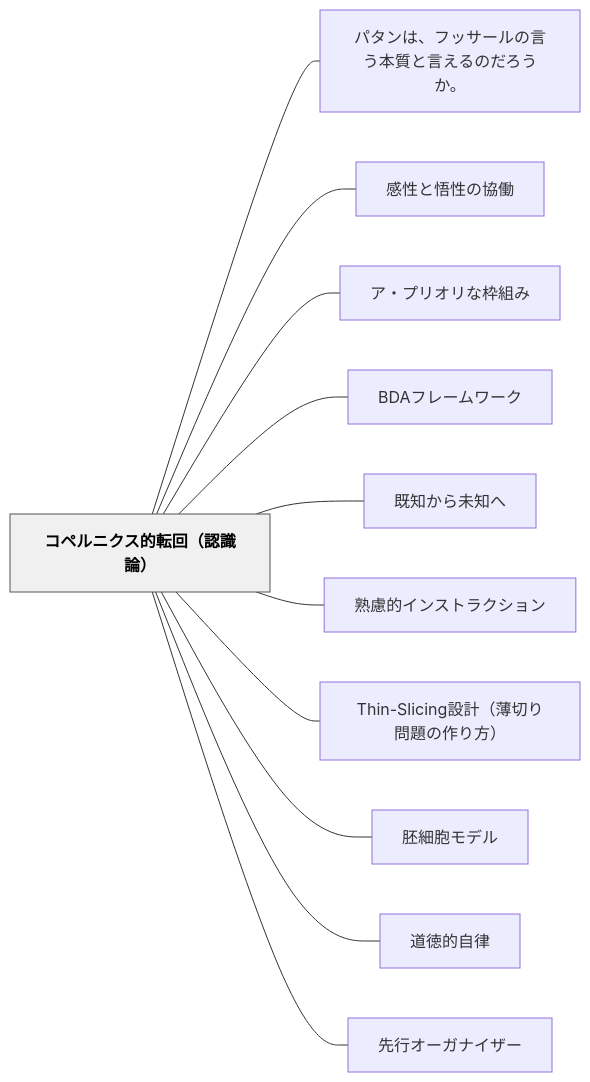
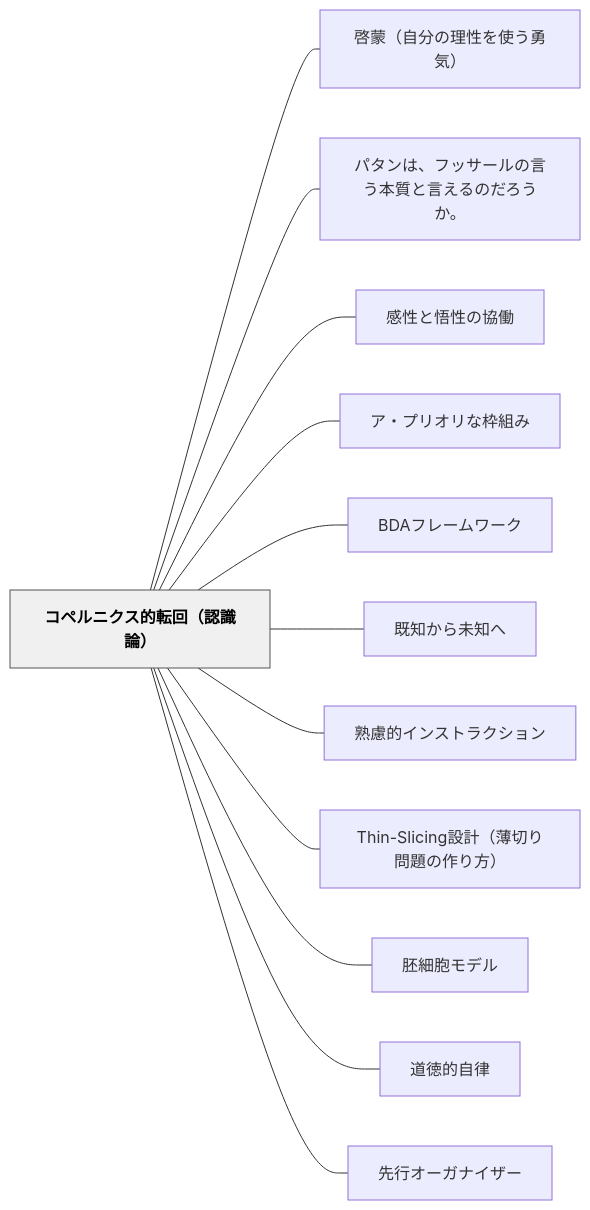
The diagram in content/パタン/コペルニクス的転回（認識論）.md (unknownthings-ed-patterns/unknownthings-ed-patterns), drawn with Mermaid before and after one commit. The commit also changed other lines of this file and 16 other files, not shown here.

````diff
--- a/content/パタン/コペルニクス的転回（認識論）.md
+++ b/content/パタン/コペルニクス的転回（認識論）.md
@@ -129,28 +130,30 @@
 ```mermaid
 flowchart LR
     ne382b3e3839ae383abe3838be382afe382b9e79a84e8bba2e59b9eefbc88e8aa8de8ad98e8ab96efbc89["コペルニクス的転回（認識論）"]
+    ne59593e89299efbc88e887aae58886e381aee79086e680a7e38292e4bdbfe38186e58b87e6b097efbc89["啓蒙（自分の理性を使う勇気）"]
     ne38391e382bfe383b3e381afe38081e38395e38383e382b5e383bce383abe381aee8a880e38186e69cace8b3aae381a8e8a880e38188e3828be381aee381a0e3828de38186e3818be38082["パタンは、フッサールの言う本質と言えるのだろうか。"]
     ne6849fe680a7e381a8e6829fe680a7e381aee58d94e5838d["感性と悟性の協働"]
     ne382a2e383bbe38397e383aae382aae383aae381aae69ea0e7b584e381bf["ア・プリオリな枠組み"]
     n424441e38395e383ace383bce383a0e383afe383bce382af["BDAフレームワーク"]
     ne697a2e79fa5e3818be38289e69caae79fa5e381b8["既知から未知へ"]
     ne7869fe685aee79a84e382a4e383b3e382b9e38388e383a9e382afe382b7e383a7e383b3["熟慮的インストラクション"]
     n5468696e2d536c6963696e67e8a8ade8a888efbc88e89684e58887e3828ae5958fe9a18ce381aee4bd9ce3828ae696b9efbc89["Thin-Slicing設計（薄切り問題の作り方）"]
     ne8839ae7b4b0e8839ee383a2e38387e383ab["胚細胞モデル"]
     ne98193e5beb3e79a84e887aae5be8b["道徳的自律"]
     ne58588e8a18ce382aae383bce382ace3838ae382a4e382b6e383bc["先行オーガナイザー"]
 
+    ne382b3e3839ae383abe3838be382afe382b9e79a84e8bba2e59b9eefbc88e8aa8de8ad98e8ab96efbc89 --- ne59593e89299efbc88e887aae58886e381aee79086e680a7e38292e4bdbfe38186e58b87e6b097efbc89
     ne382b3e3839ae383abe3838be382afe382b9e79a84e8bba2e59b9eefbc88e8aa8de8ad98e8ab96efbc89 --- ne38391e382bfe383b3e381afe38081e38395e38383e382b5e383bce383abe381aee8a880e38186e69cace8b3aae381a8e8a880e38188e3828be381aee381a0e3828de38186e3818be38082
     ne382b3e3839ae383abe3838be382afe382b9e79a84e8bba2e59b9eefbc88e8aa8de8ad98e8ab96efbc89 --- ne6849fe680a7e381a8e6829fe680a7e381aee58d94e5838d
     ne382b3e3839ae383abe3838be382afe382b9e79a84e8bba2e59b9eefbc88e8aa8de8ad98e8ab96efbc89 --- ne382a2e383bbe38397e383aae382aae383aae381aae69ea0e7b584e381bf
     ne382b3e3839ae383abe3838be382afe382b9e79a84e8bba2e59b9eefbc88e8aa8de8ad98e8ab96efbc89 --- n424441e38395e383ace383bce383a0e383afe383bce382af
     ne382b3e3839ae383abe3838be382afe382b9e79a84e8bba2e59b9eefbc88e8aa8de8ad98e8ab96efbc89 --- ne697a2e79fa5e3818be38289e69caae79fa5e381b8
     ne382b3e3839ae383abe3838be382afe382b9e79a84e8bba2e59b9eefbc88e8aa8de8ad98e8ab96efbc89 --- ne7869fe685aee79a84e382a4e383b3e382b9e38388e383a9e382afe382b7e383a7e383b3
     ne382b3e3839ae383abe3838be382afe382b9e79a84e8bba2e59b9eefbc88e8aa8de8ad98e8ab96efbc89 --- n5468696e2d536c6963696e67e8a8ade8a888efbc88e89684e58887e3828ae5958fe9a18ce381aee4bd9ce3828ae696b9efbc89
     ne382b3e3839ae383abe3838be382afe382b9e79a84e8bba2e59b9eefbc88e8aa8de8ad98e8ab96efbc89 --- ne8839ae7b4b0e8839ee383a2e38387e383ab
     ne382b3e3839ae383abe3838be382afe382b9e79a84e8bba2e59b9eefbc88e8aa8de8ad98e8ab96efbc89 --- ne98193e5beb3e79a84e887aae5be8b
     ne382b3e3839ae383abe3838be382afe382b9e79a84e8bba2e59b9eefbc88e8aa8de8ad98e8ab96efbc89 --- ne58588e8a18ce382aae383bce382ace3838ae382a4e382b6e383bc
 
     classDef hub fill:#f0f0f0,stroke:#555,color:#000,font-weight:bold
     class ne382b3e3839ae383abe3838be382afe382b9e79a84e8bba2e59b9eefbc88e8aa8de8ad98e8ab96efbc89 hub
 ```
````
